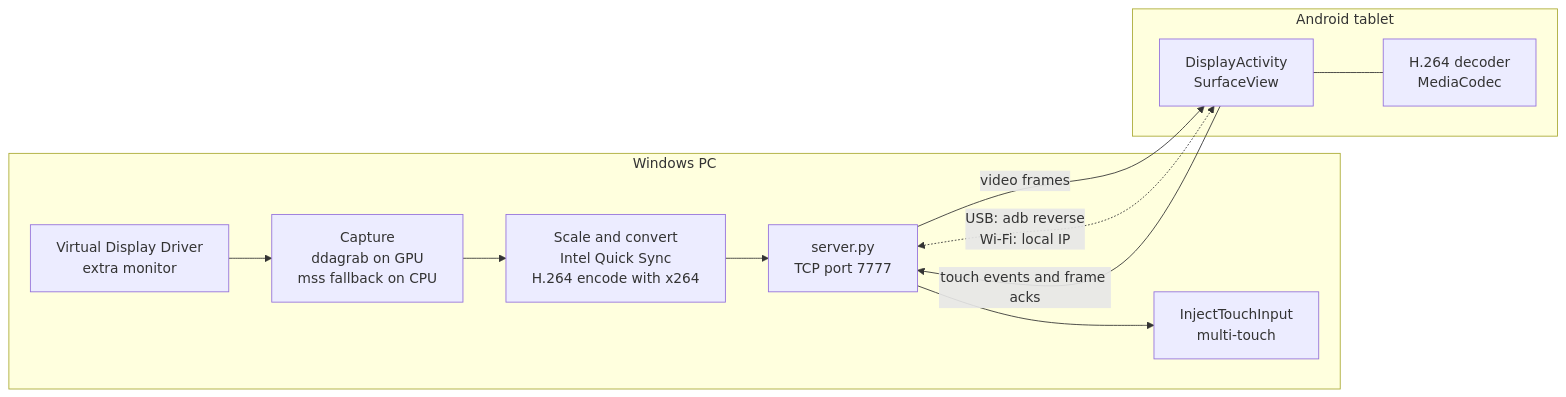
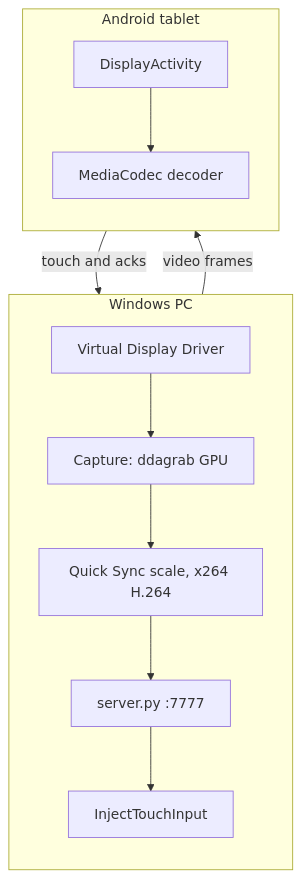
One commit to Marqueos/segunda-tela-android changed the diagram in README.md. Above: the diagram before and after it, drawn with Mermaid.

Commit message:
Simplify How it works diagram
Shorter labels and top-to-bottom layout so the diagram stays readable on GitHub.

````diff
--- a/README.md
+++ b/README.md
@@ -22,22 +22,23 @@
 ```mermaid
-flowchart LR
+flowchart TB
     subgraph PC [Windows PC]
-        VDD[Virtual Display Driver<br/>extra monitor]
-        CAP[Capture<br/>ddagrab on GPU<br/>mss fallback on CPU]
-        ENC[Scale and convert<br/>Intel Quick Sync<br/>H.264 encode with x264]
-        INJ[InjectTouchInput<br/>multi-touch]
-        SRV[server.py<br/>TCP port 7777]
+        direction TB
+        VDD[Virtual Display Driver]
+        CAP[Capture: ddagrab GPU]
+        ENC[Quick Sync scale, x264 H.264]
+        SRV[server.py :7777]
+        INJ[InjectTouchInput]
         VDD --> CAP --> ENC --> SRV
         SRV --> INJ
     end
 
     subgraph TAB [Android tablet]
-        APP[DisplayActivity<br/>SurfaceView]
-        DEC[H.264 decoder<br/>MediaCodec]
-        APP --- DEC
+        direction TB
+        APP[DisplayActivity]
+        DEC[MediaCodec decoder]
+        APP --> DEC
     end
 
-    SRV -- "video frames" --> APP
-    APP -- "touch events and frame acks" --> SRV
-    SRV <-. "USB: adb reverse<br/>Wi-Fi: local IP" .-> APP
+    SRV -- video frames --> APP
+    APP -- touch and acks --> SRV
 ```
````
